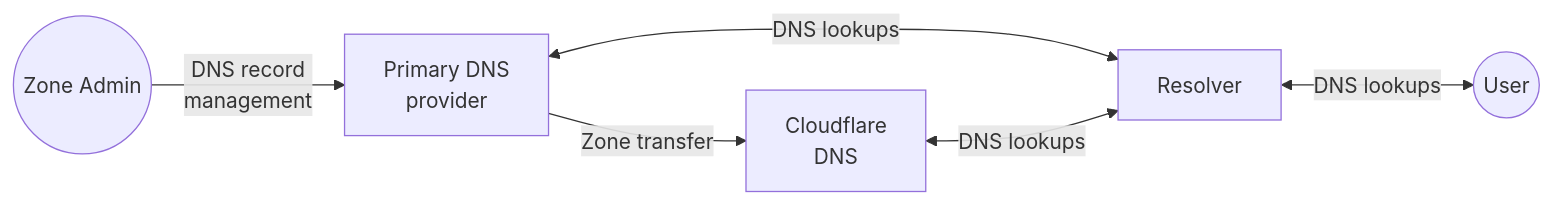
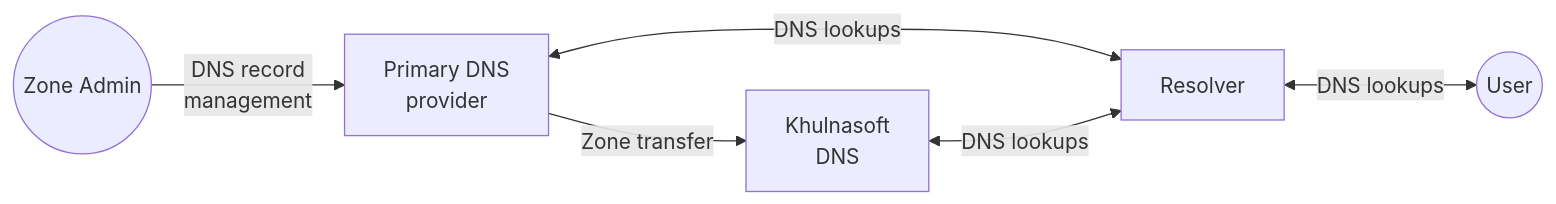
One commit to NxPKG/khulnasoft-docs changed the diagram in content/dns/zone-setups/zone-transfers/cloudflare-as-secondary/_index.md. Above: the diagram before and after it, drawn with Mermaid. The commit also changed other lines of this file and 2914 other files, not shown here.

````diff
--- a/content/dns/zone-setups/zone-transfers/cloudflare-as-secondary/_index.md
+++ b/content/dns/zone-setups/zone-transfers/cloudflare-as-secondary/_index.md
@@ -14,7 +14,7 @@
 ```mermaid
 flowchart LR
-accTitle: Cloudflare as Secondary DNS
+accTitle: Khulnasoft as Secondary DNS
 A((Zone Admin)) --DNS record <br /> management--> B[Primary DNS <br /> provider]
-B --Zone transfer--> C[Cloudflare <br /> DNS]
+B --Zone transfer--> C[Khulnasoft <br /> DNS]
 B & C <--DNS lookups--> D[Resolver] <--DNS lookups--> E((User))
 ```
````
